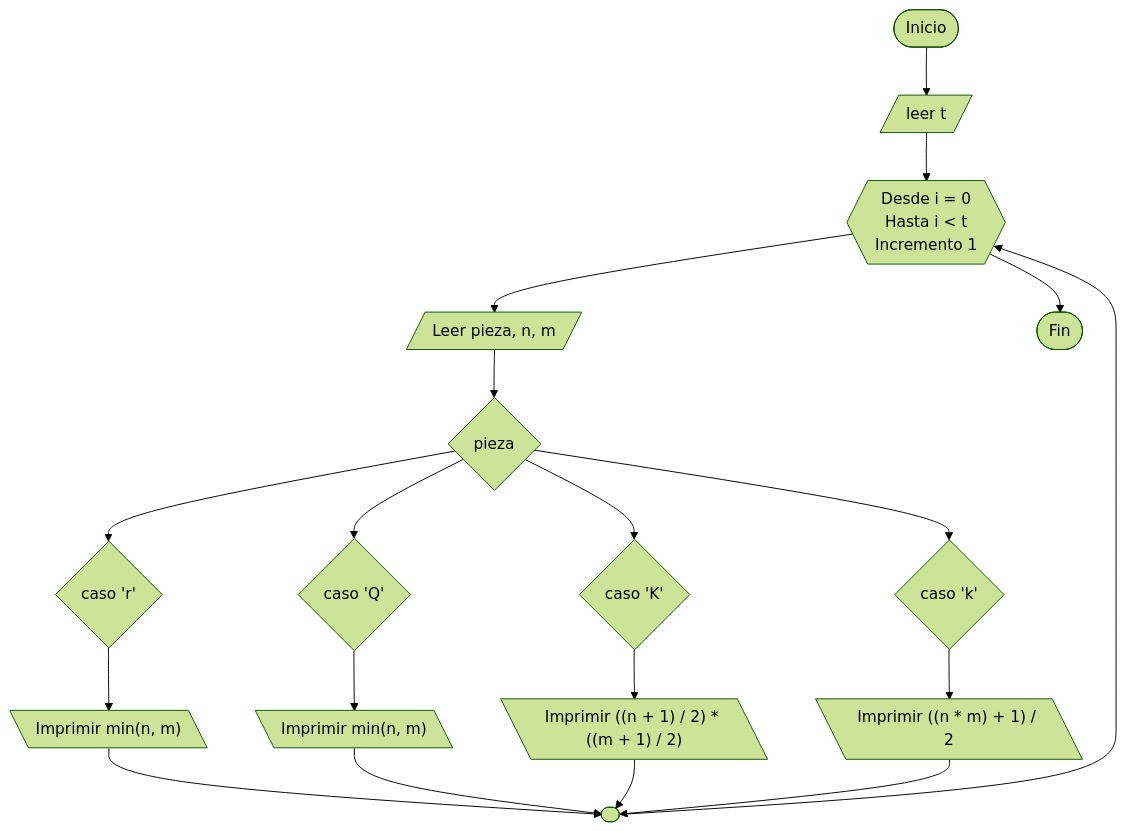
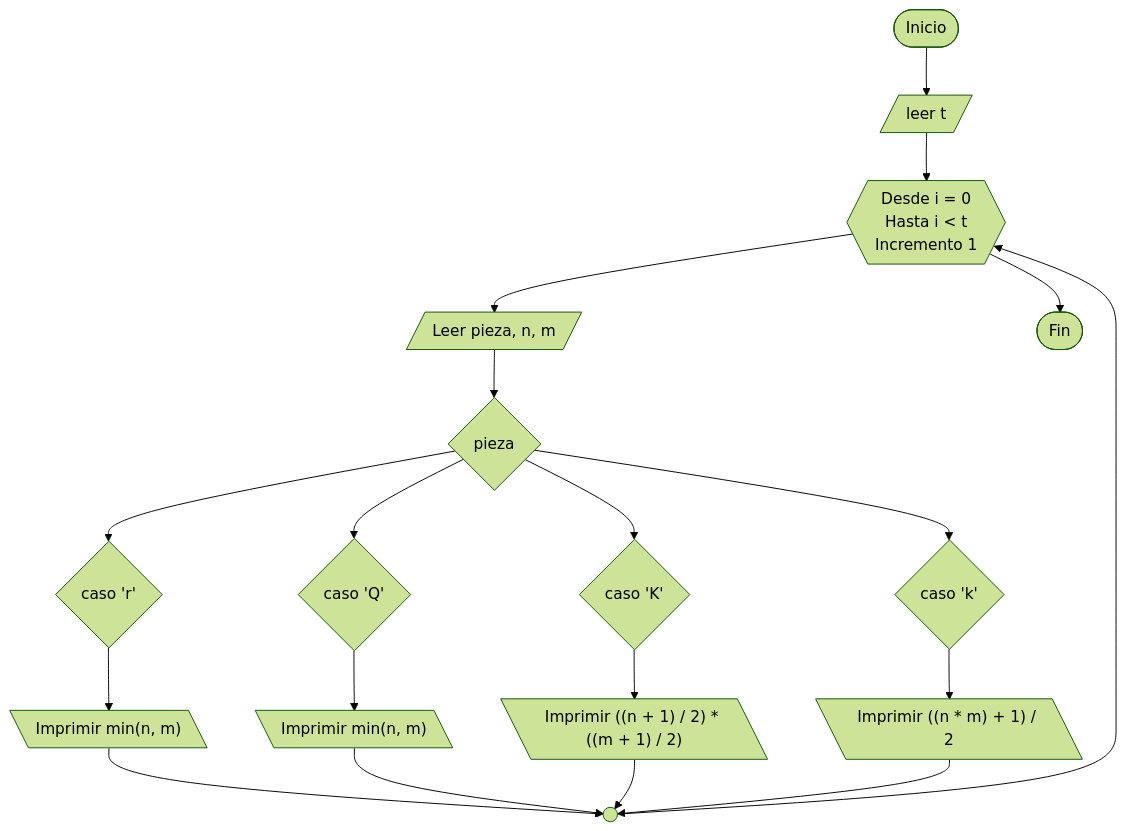
One commit to KaarLarax/CPC_UAEH_Documentation changed the diagram in 2026/Campamento_Primavera_2026/Concurso_de_cierre/g_ajedrez_primaveral.md. Above: the diagram before and after it, drawn with Mermaid (forest theme).

````diff
--- a/2026/Campamento_Primavera_2026/Concurso_de_cierre/g_ajedrez_primaveral.md
+++ b/2026/Campamento_Primavera_2026/Concurso_de_cierre/g_ajedrez_primaveral.md
@@ -122,23 +122,23 @@
 ```mermaid
 graph TD;
 A([Inicio]) --> B[/leer t/]
 B --> C{{Desde i = 0
 Hasta i < t
 Incremento 1}}
 C --> D[/Leer pieza, n, m/]
 D --> E{pieza}
 E --> F{caso 'r'}
 F --> G[\"Imprimir min(n, m)"\]
 E --> H{caso 'Q'}
 H --> I[\"Imprimir min(n, m)"\]
 E --> J{caso 'K'}
 J --> K[\"Imprimir ((n + 1) / 2) * ((m + 1) / 2)"\]
 E --> L{caso 'k'}
 L --> M[\"Imprimir ((n * m) + 1) / 2"\]
-N([" "]) --> C
+N((" ")) --> C
 G --> N
 I--> N
 K --> N
 M --> N
 C --> Z([Fin])
 ```
````
